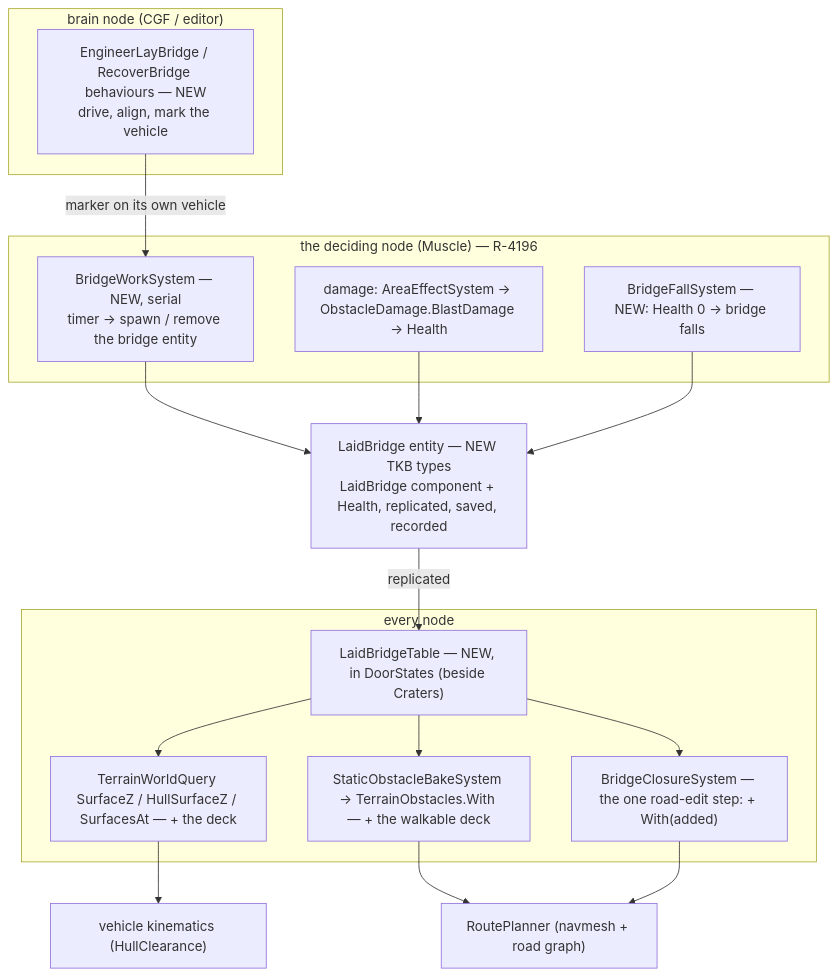
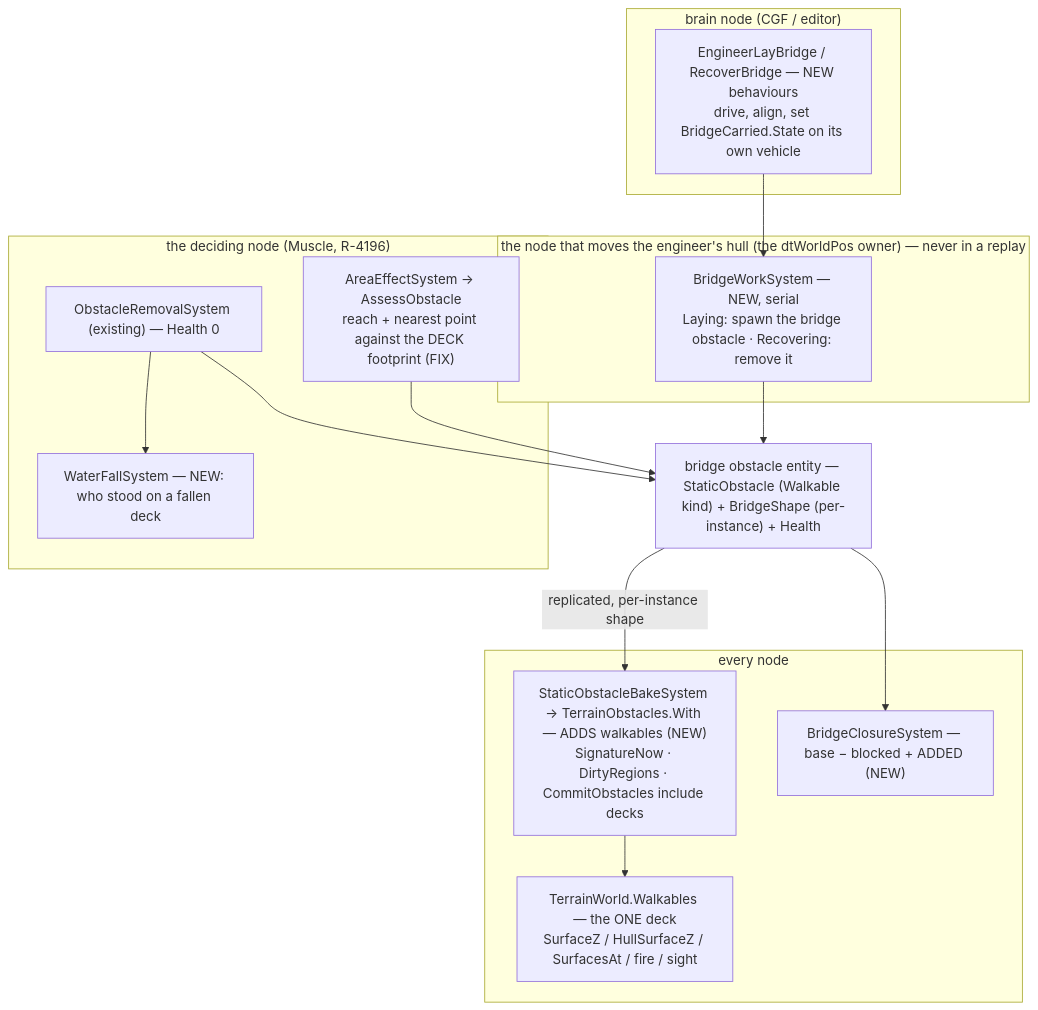
Before and after one commit to pjanec/HROT: the first of 3 diagrams in docs/designs/engineering/DESIGN_Bridge_Laying.md, drawn with Mermaid. The commit also changed other lines of this file and 1 other file, not shown here.

First line of the commit message:
Bridge laying design rev 2: the independent review folded — a static-obstacle WALKABLE kind, one deck in the baked world, deck-footprint damage, a water fall, the road add kept apart

````diff
--- a/docs/designs/engineering/DESIGN_Bridge_Laying.md
+++ b/docs/designs/engineering/DESIGN_Bridge_Laying.md
@@ -55,31 +58,26 @@
 ```mermaid
 graph TD
   subgraph BRAIN["brain node (CGF / editor)"]
-    BEH["EngineerLayBridge / RecoverBridge behaviours — NEW<br/>drive, align, mark the vehicle"]
+    BEH["EngineerLayBridge / RecoverBridge — NEW behaviours<br/>drive, align, set BridgeCarried.State on its own vehicle"]
   end
-  subgraph MUSCLE["the deciding node (Muscle) — R-4196"]
-    WORK["BridgeWorkSystem — NEW, serial<br/>timer → spawn / remove the bridge entity"]
-    DMG["damage: AreaEffectSystem → ObstacleDamage.BlastDamage → Health"]
-    FALL["BridgeFallSystem — NEW: Health 0 → bridge falls"]
+  subgraph MOVER["the node that moves the engineer's hull (the dtWorldPos owner) — never in a replay"]
+    WORK["BridgeWorkSystem — NEW, serial<br/>Laying: spawn the bridge obstacle · Recovering: remove it"]
   end
-  ENT["LaidBridge entity — NEW TKB types<br/>LaidBridge component + Health, replicated, saved, recorded"]
+  subgraph DECIDE["the deciding node (Muscle, R-4196)"]
+    DMG["AreaEffectSystem → AssessObstacle<br/>reach + nearest point against the DECK footprint (FIX)"]
+    REM["ObstacleRemovalSystem (existing) — Health 0"]
+    WET["WaterFallSystem — NEW: who stood on a fallen deck"]
+  end
+  OBS["bridge obstacle entity — StaticObstacle (Walkable kind) + BridgeShape (per-instance) + Health"]
   subgraph EVERY["every node"]
-    TABLE["LaidBridgeTable — NEW, in DoorStates (beside Craters)"]
-    QUERY["TerrainWorldQuery SurfaceZ / HullSurfaceZ / SurfacesAt — + the deck"]
-    BAKE["StaticObstacleBakeSystem → TerrainObstacles.With — + the walkable deck"]
-    ROAD["BridgeClosureSystem — the one road-edit step: + With(added)"]
+    BAKE["StaticObstacleBakeSystem → TerrainObstacles.With — ADDS walkables (NEW)<br/>SignatureNow · DirtyRegions · CommitObstacles include decks"]
+    WORLD["TerrainWorld.Walkables — the ONE deck<br/>SurfaceZ / HullSurfaceZ / SurfacesAt / fire / sight"]
+    ROAD["BridgeClosureSystem — base − blocked + ADDED (NEW)"]
   end
-  CAR["vehicle kinematics (HullClearance)"]
-  NAV["RoutePlanner (navmesh + road graph)"]
-  BEH -->|"marker on its own vehicle"| WORK
-  WORK --> ENT
-  DMG --> ENT
-  FALL --> ENT
-  ENT -->|"replicated"| TABLE
-  TABLE --> QUERY
-  TABLE --> BAKE
-  TABLE --> ROAD
-  QUERY --> CAR
-  BAKE --> NAV
-  ROAD --> NAV
+  BEH --> WORK --> OBS
+  DMG --> OBS
+  REM --> OBS
+  REM --> WET
+  OBS -->|"replicated, per-instance shape"| BAKE --> WORLD
+  OBS --> ROAD
 ```
````
